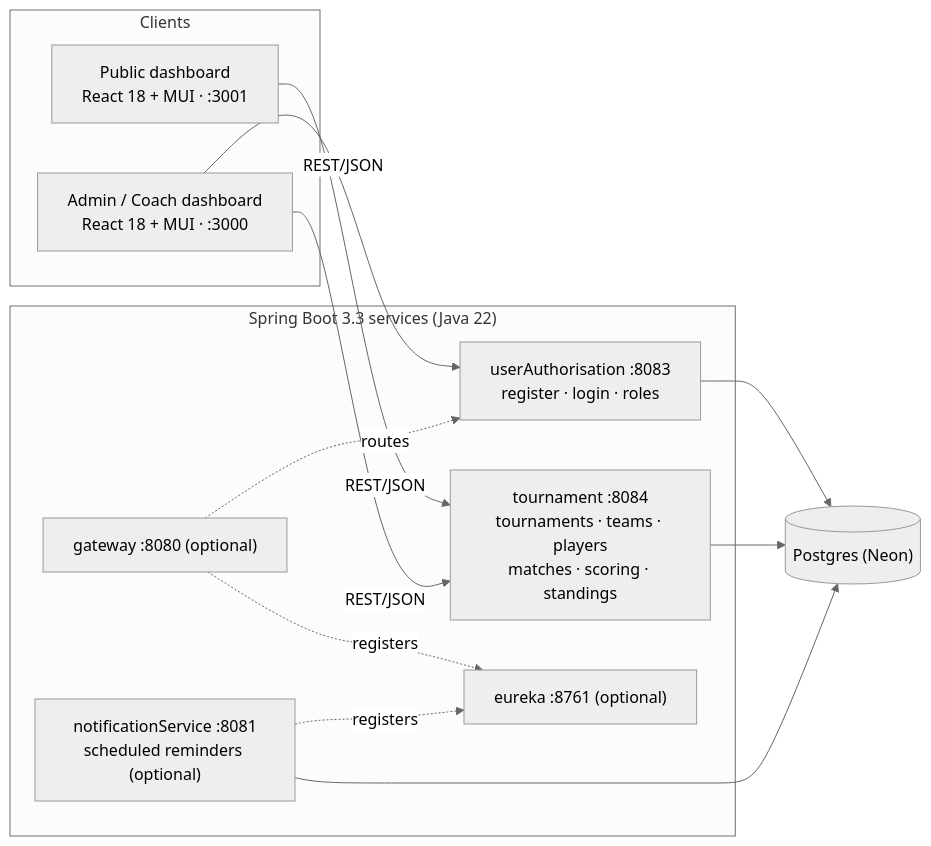
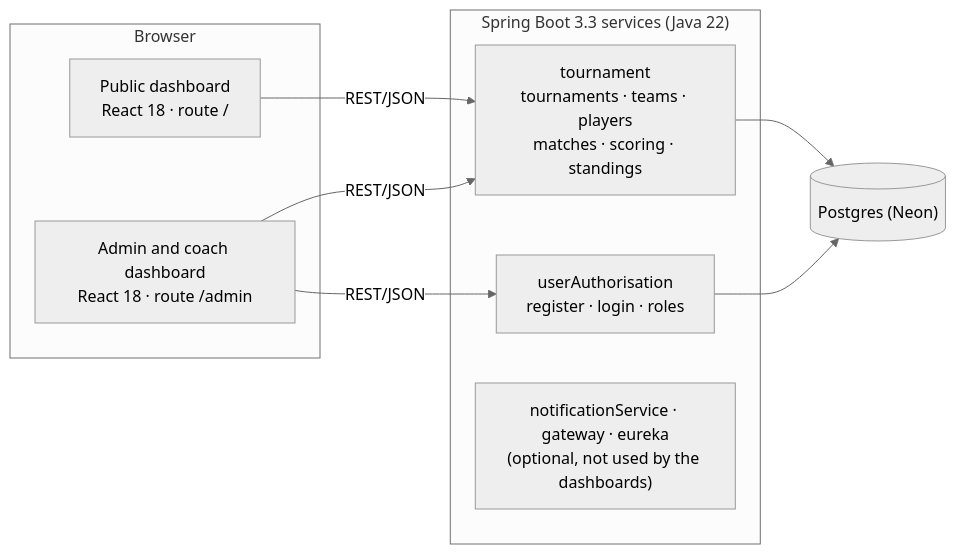
The diagram in README.md (shreyanshtri26/CRICBEAR), drawn with Mermaid (neutral theme) before and after one commit. The commit also changed other lines of this file and 64 other files, not shown here.

First line of the commit message:
Redesign dashboards, serve admin at /admin, add Vercel Services config, docs and screenshots

````diff
--- a/README.md
+++ b/README.md
@@ -9,24 +46,18 @@
 ```mermaid
 flowchart LR
-  subgraph Clients
-    PUB["Public dashboard<br/>React 18 + MUI · :3001"]
-    ADM["Admin / Coach dashboard<br/>React 18 + MUI · :3000"]
+  subgraph Browser
+    PUB["Public dashboard<br/>React 18 · route /"]
+    ADM["Admin and coach dashboard<br/>React 18 · route /admin"]
   end
-  subgraph Backend["Spring Boot 3.3 services (Java 22)"]
-    AUTH["userAuthorisation :8083<br/>register · login · roles"]
-    TOUR["tournament :8084<br/>tournaments · teams · players<br/>matches · scoring · standings"]
-    NOTIF["notificationService :8081<br/>scheduled reminders (optional)"]
-    GW["gateway :8080 (optional)"]
-    EUR["eureka :8761 (optional)"]
+  subgraph Services["Spring Boot 3.3 services (Java 22)"]
+    AUTH["userAuthorisation<br/>register · login · roles"]
+    TOUR["tournament<br/>tournaments · teams · players<br/>matches · scoring · standings"]
+    OPT["notificationService · gateway · eureka<br/>(optional, not used by the dashboards)"]
   end
   DB[("Postgres (Neon)")]
   PUB -->|REST/JSON| TOUR
   ADM -->|REST/JSON| AUTH
   ADM -->|REST/JSON| TOUR
   AUTH --> DB
   TOUR --> DB
-  NOTIF --> DB
-  GW -.routes.-> AUTH
-  GW -.registers.-> EUR
-  NOTIF -.registers.-> EUR
 ```
````
